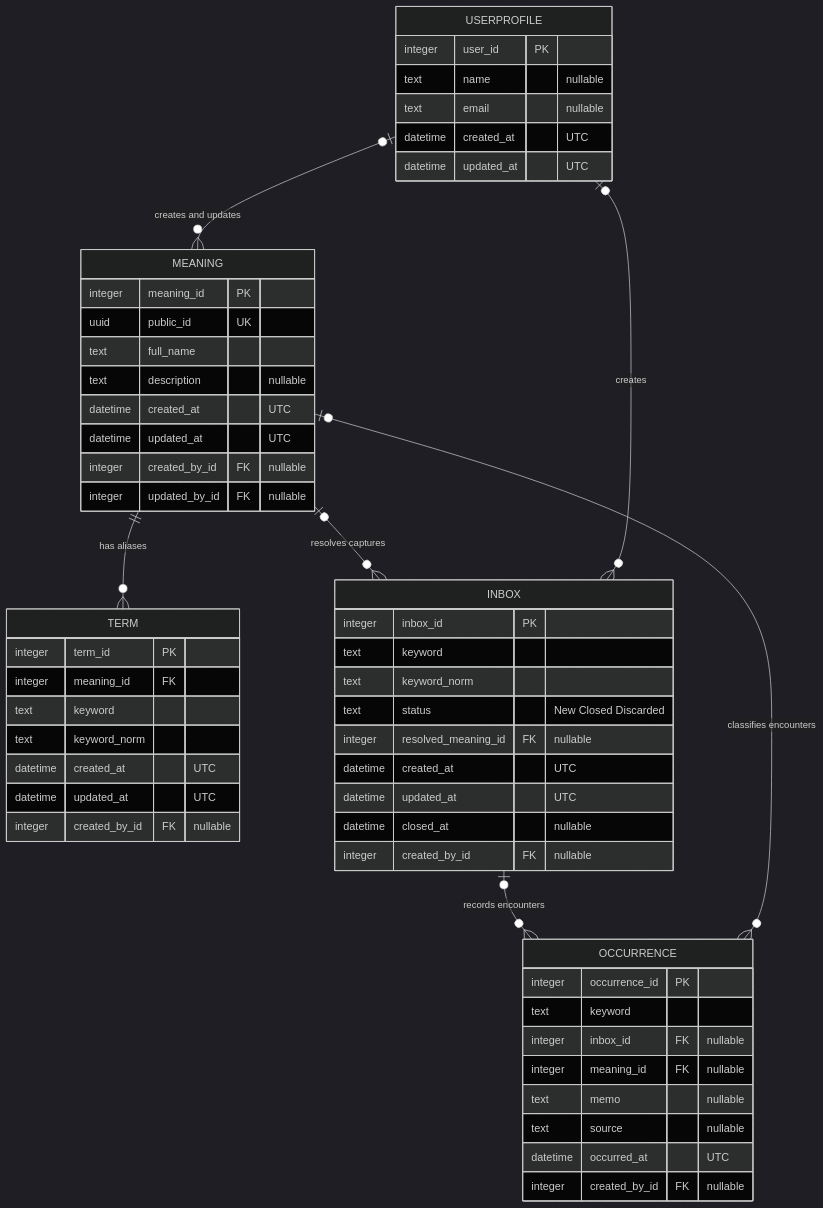
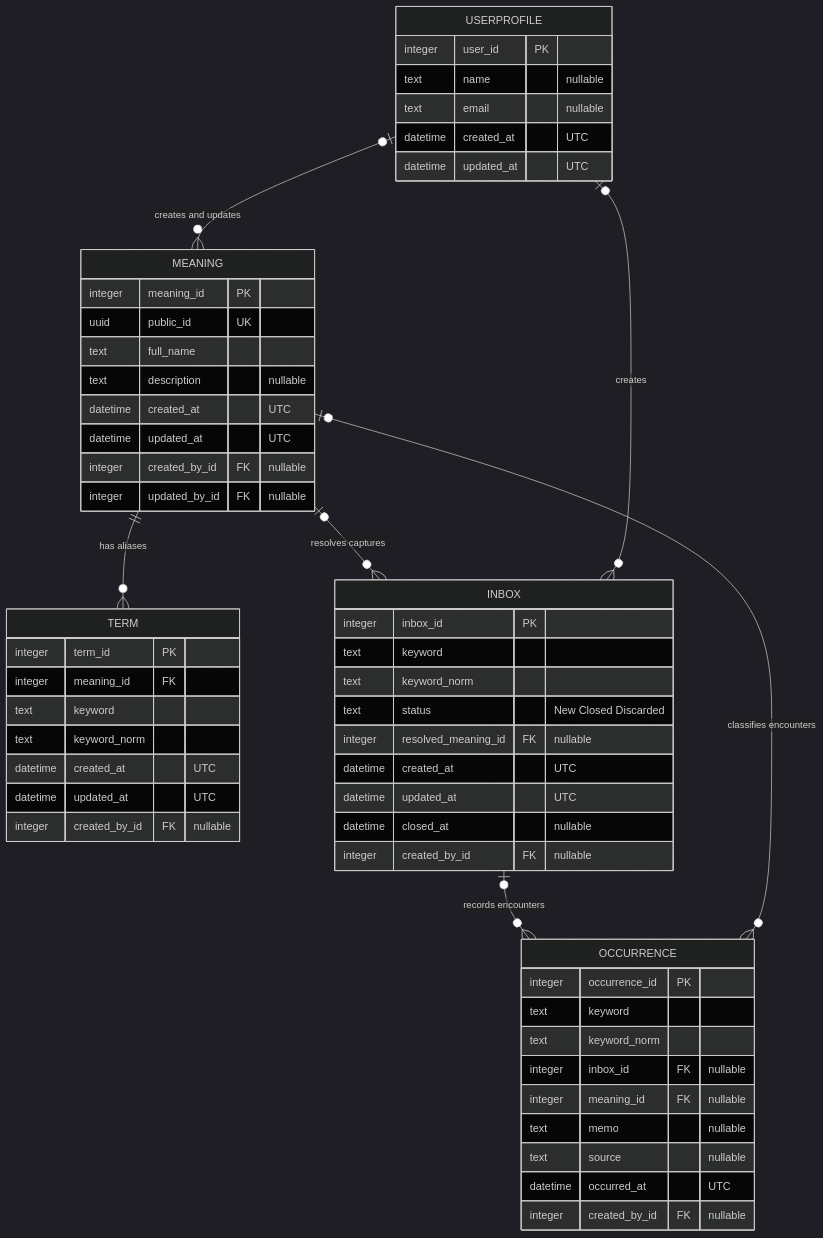
The first of 2 diagrams in docs/003_domain_model.md (niikei/TermKeeper), drawn with Mermaid (dark theme) before and after one commit. The commit also changed other lines of this file and 20 other files, not shown here.

````diff
--- a/docs/003_domain_model.md
+++ b/docs/003_domain_model.md
@@ -14,62 +14,63 @@
 ```mermaid
 erDiagram
 
     MEANING ||--o{ TERM : "has aliases"
     MEANING o|--o{ INBOX : "resolves captures"
     INBOX o|--o{ OCCURRENCE : "records encounters"
     MEANING o|--o{ OCCURRENCE : "classifies encounters"
     USERPROFILE o|--o{ INBOX : "creates"
     USERPROFILE o|--o{ MEANING : "creates and updates"
 
     USERPROFILE {
         integer user_id PK
         text name "nullable"
         text email "nullable"
         datetime created_at "UTC"
         datetime updated_at "UTC"
     }
 
     MEANING {
         integer meaning_id PK
         uuid public_id UK
         text full_name
         text description "nullable"
         datetime created_at "UTC"
         datetime updated_at "UTC"
         integer created_by_id FK "nullable"
         integer updated_by_id FK "nullable"
     }
 
     TERM {
         integer term_id PK
         integer meaning_id FK
         text keyword
         text keyword_norm
         datetime created_at "UTC"
         datetime updated_at "UTC"
         integer created_by_id FK "nullable"
     }
 
     INBOX {
         integer inbox_id PK
         text keyword
         text keyword_norm
         text status "New Closed Discarded"
         integer resolved_meaning_id FK "nullable"
         datetime created_at "UTC"
         datetime updated_at "UTC"
         datetime closed_at "nullable"
         integer created_by_id FK "nullable"
     }
 
     OCCURRENCE {
         integer occurrence_id PK
         text keyword
+        text keyword_norm
         integer inbox_id FK "nullable"
         integer meaning_id FK "nullable"
         text memo "nullable"
         text source "nullable"
         datetime occurred_at "UTC"
         integer created_by_id FK "nullable"
     }
 ```
````
